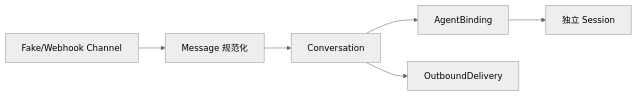
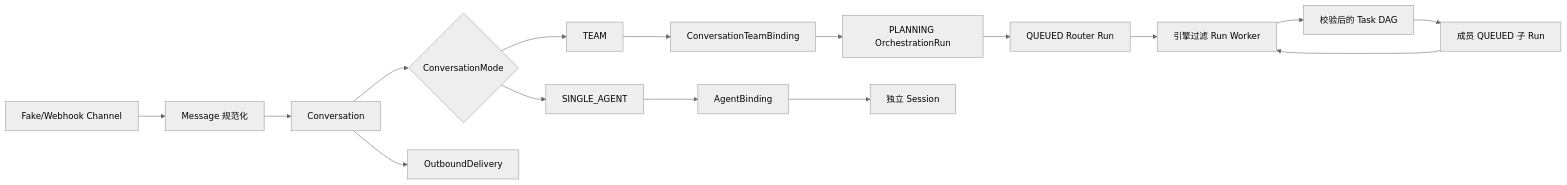
Before and after one commit to liulisheng/agentDemo: the first of 2 diagrams in docs/conversations-and-channels.md, drawn with Mermaid (neutral theme). The commit also changed other lines of this file and 93 other files, not shown here.

```diff
--- a/docs/conversations-and-channels.md
+++ b/docs/conversations-and-channels.md
@@ -8,8 +8,18 @@
 ~~~mermaid
 flowchart LR
   Channel[Fake/Webhook Channel] --> Normalize[Message 规范化]
   Normalize --> Conversation[Conversation]
-  Conversation --> Binding[AgentBinding]
+  Conversation --> Mode{ConversationMode}
+  Mode --> Single[SINGLE_AGENT]
+  Mode --> Team[TEAM]
+  Single --> Binding[AgentBinding]
+  Team --> TeamBinding[ConversationTeamBinding]
+  TeamBinding --> Orchestration[PLANNING OrchestrationRun]
   Binding --> Session[独立 Session]
+  Orchestration --> RouterRun[QUEUED Router Run]
+  RouterRun --> RunWorker[引擎过滤 Run Worker]
+  RunWorker --> Plan[校验后的 Task DAG]
+  Plan --> ChildRuns[成员 QUEUED 子 Run]
+  ChildRuns --> RunWorker
   Conversation --> Delivery[OutboundDelivery]
 ~~~
```
